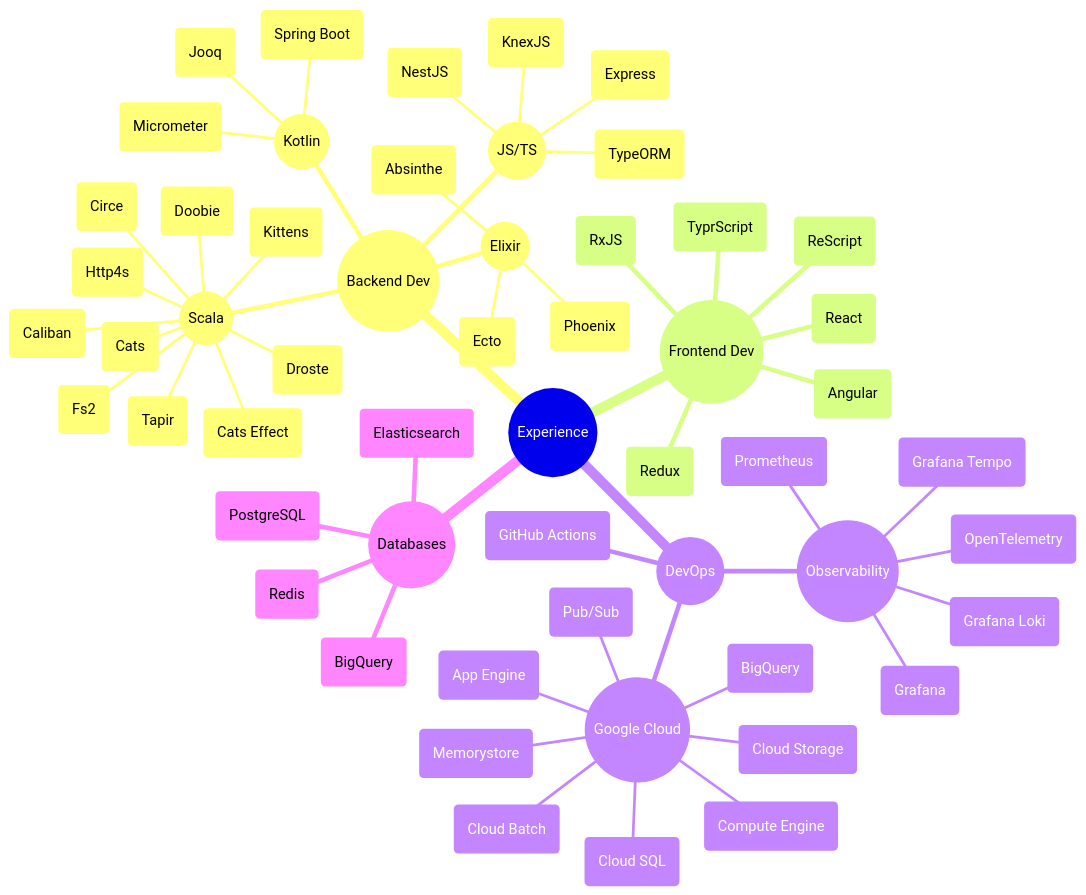
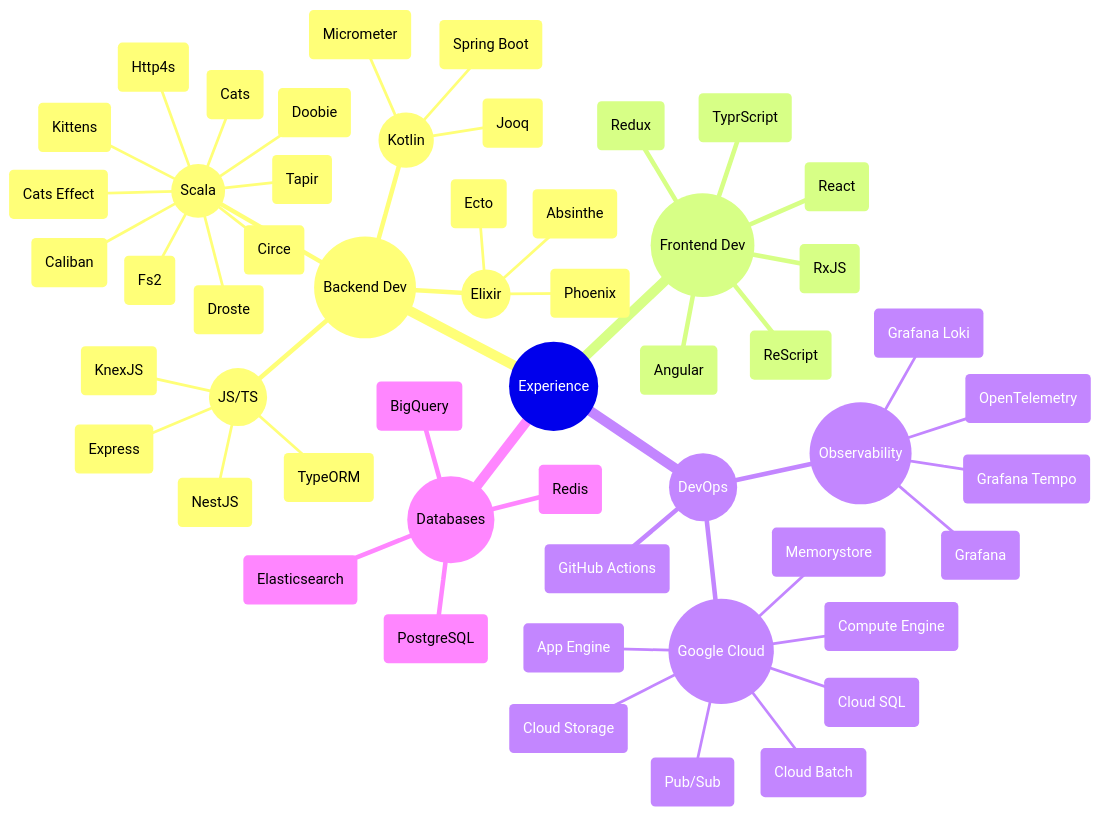
One commit to m-tabaza/Tabzz98 changed the first of 2 diagrams in README.md. Above: the diagram before and after it, drawn with Mermaid.

````diff
--- a/README.md
+++ b/README.md
@@ -21,66 +21,64 @@
 ```mermaid
 mindmap
   root((Experience))
     ((Backend Dev))
       ((Scala))
         (Cats)
         (Cats Effect)
         (Kittens)
         (Droste)
         (Http4s)
         (Doobie)
         (Tapir)
         (Fs2)
         (Caliban)
         (Circe)
 
       ((Kotlin))
         (Spring Boot)
         (Micrometer)
         (Jooq)
   
       ((Elixir))
         (Ecto)
         (Absinthe)
         (Phoenix)
   
       ((JS/TS))
         (Express)
         (NestJS)
         (TypeORM)
         (KnexJS)
       
     ((Frontend Dev))
       (React)
       (Redux)
       (RxJS)
       (Angular)
       (TyprScript)
       (ReScript)
       
     ((DevOps))
       (GitHub Actions)
 
       ((Observability))
         (OpenTelemetry)
         (Grafana)
         (Grafana Tempo)
         (Grafana Loki)
-        (Prometheus)
 
       ((Google Cloud))
         (App Engine)
         (Compute Engine)
         (Cloud SQL)
         (Memorystore)
         (Pub/Sub)
         (Cloud Storage)
-        (BigQuery)
         (Cloud Batch)
 
     ((Databases))
       (PostgreSQL)
       (Redis)
       (Elasticsearch)
       (BigQuery)
 ```
````
